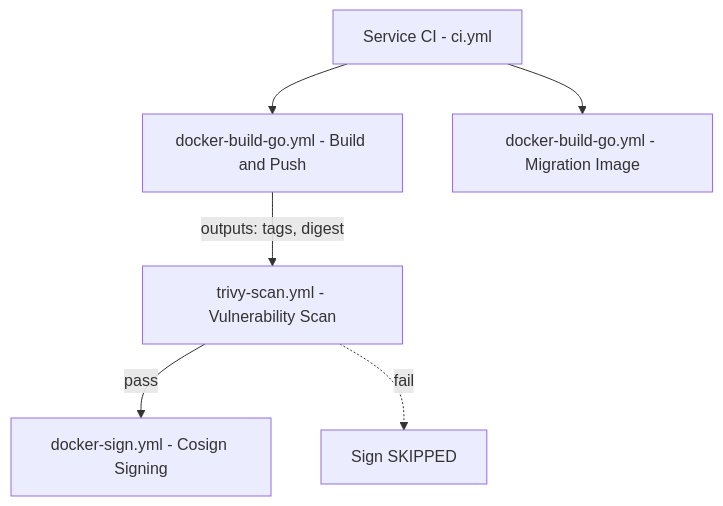
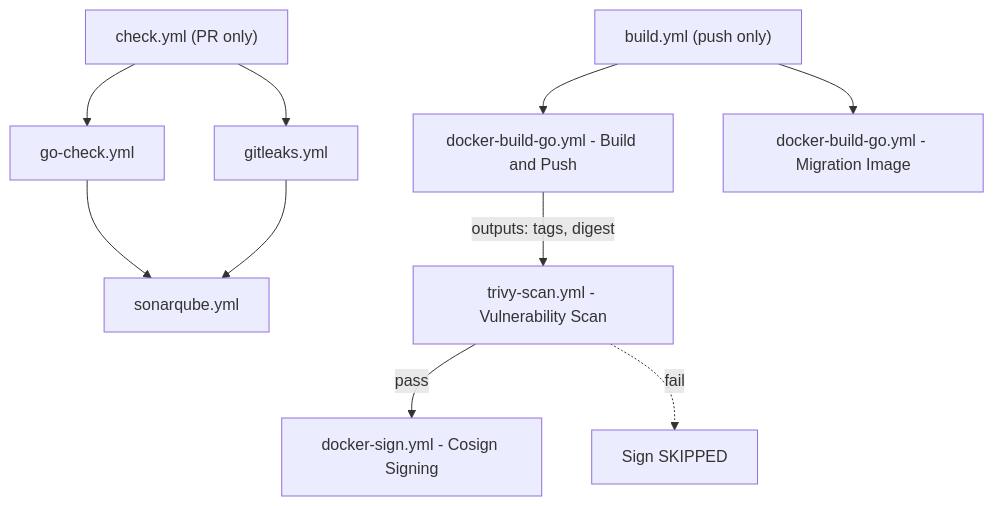
One commit to duynhlab/homelab changed the seventh of 10 diagrams in docs/platform/cicd.md. Above: the diagram before and after it, drawn with Mermaid. The commit also changed other lines of this file and 4 other files, not shown here.

````diff
--- a/docs/platform/cicd.md
+++ b/docs/platform/cicd.md
@@ -335,8 +350,13 @@
 ```mermaid
 flowchart TD
-  Caller[Service CI - ci.yml] --> Build[docker-build-go.yml - Build and Push]
+  CheckCaller["check.yml (PR only)"] --> GoCheck["go-check.yml"]
+  CheckCaller --> Gitleaks["gitleaks.yml"]
+  GoCheck --> Sonar["sonarqube.yml"]
+  Gitleaks --> Sonar
+
+  BuildCaller["build.yml (push only)"] --> Build[docker-build-go.yml - Build and Push]
   Build -->|"outputs: tags, digest"| Scan[trivy-scan.yml - Vulnerability Scan]
   Scan -->|"pass"| Sign[docker-sign.yml - Cosign Signing]
   Scan -.->|"fail"| Skip["Sign SKIPPED"]
-  Caller --> DbInit[docker-build-go.yml - Migration Image]
+  BuildCaller --> DbInit[docker-build-go.yml - Migration Image]
 ```
````
